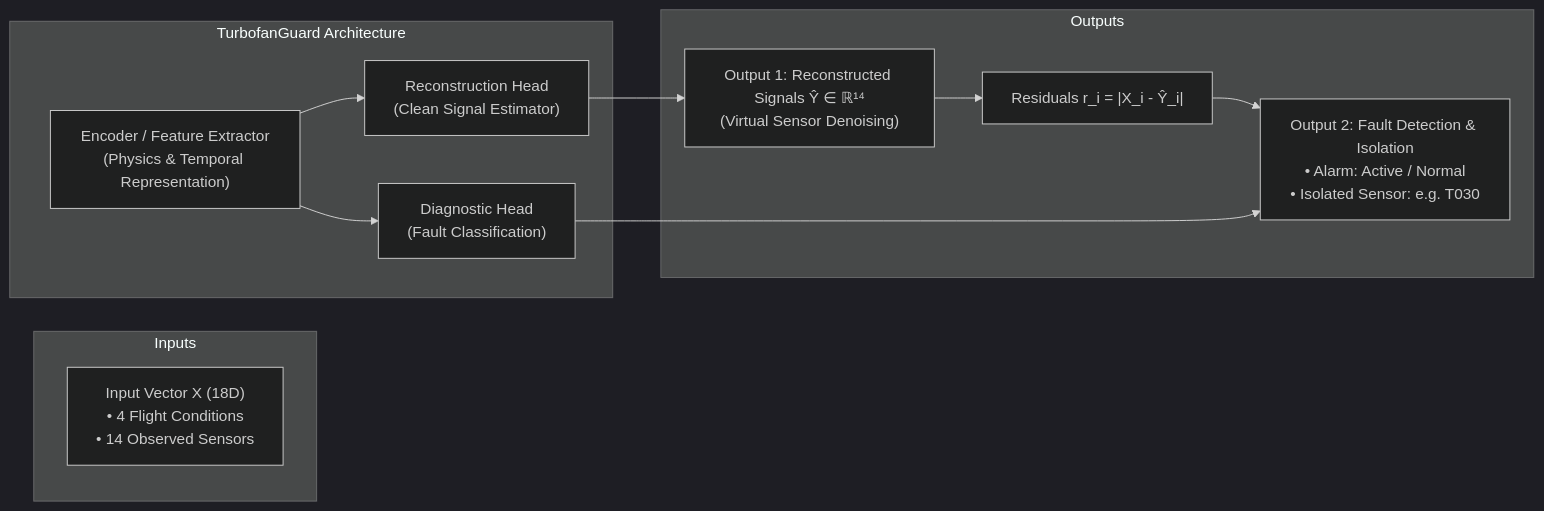
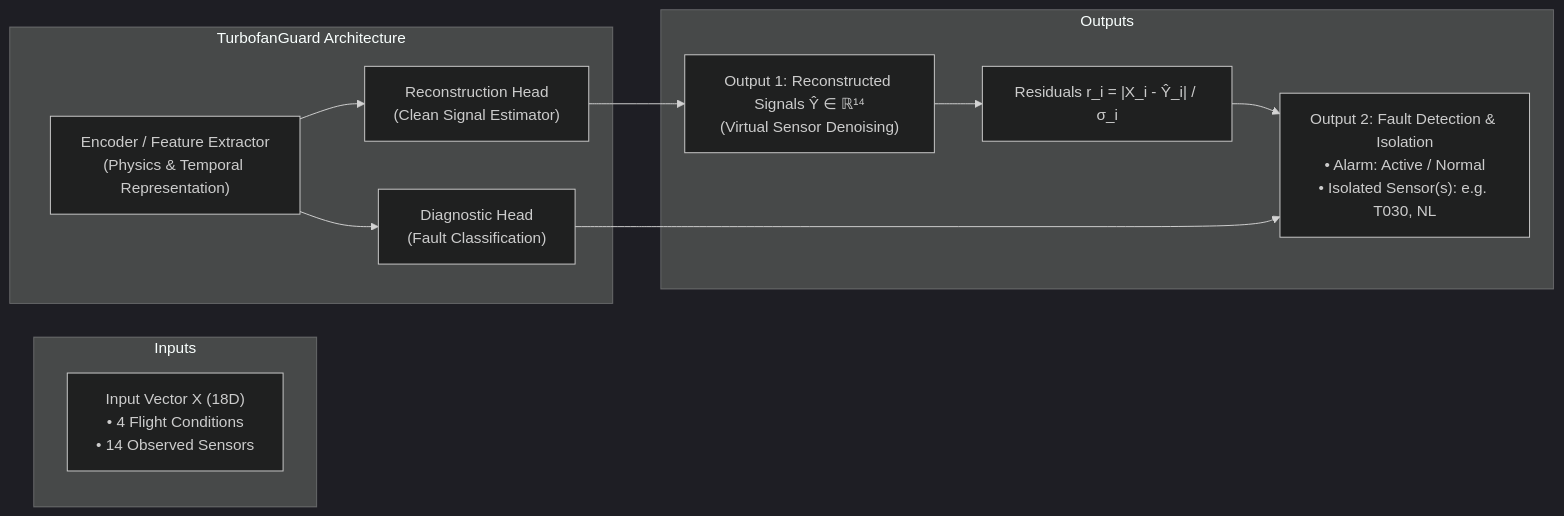
Before and after one commit to atulyasharan29/Turbofan-Guard: the first of 4 diagrams in docs/ml.md, drawn with Mermaid (dark theme). The commit also changed other lines of this file, not shown here.

Commit message:
docs: update ml architecture documentation with comprehensive sensor fault injection models and updated diagnostic schema definitions.

````diff
--- a/docs/ml.md
+++ b/docs/ml.md
@@ -12,24 +12,24 @@
 ```mermaid
 flowchart LR
     subgraph Inputs
         X["Input Vector X (18D)<br/>• 4 Flight Conditions<br/>• 14 Observed Sensors"]
     end
 
     subgraph TurbofanGuard["TurbofanGuard Architecture"]
         Enc["Encoder / Feature Extractor<br/>(Physics & Temporal Representation)"]
         H1["Reconstruction Head<br/>(Clean Signal Estimator)"]
         H2["Diagnostic Head<br/>(Fault Classification)"]
         Enc --> H1
         Enc --> H2
     end
 
     subgraph Outputs
         Y_hat["Output 1: Reconstructed Signals Ŷ ∈ ℝ¹⁴<br/>(Virtual Sensor Denoising)"]
-        Res["Residuals r_i = |X_i - Ŷ_i|"]
-        FDI["Output 2: Fault Detection & Isolation<br/>• Alarm: Active / Normal<br/>• Isolated Sensor: e.g. T030"]
+        Res["Residuals r_i = |X_i - Ŷ_i| / σ_i"]
+        FDI["Output 2: Fault Detection & Isolation<br/>• Alarm: Active / Normal<br/>• Isolated Sensor(s): e.g. T030, NL"]
         H1 --> Y_hat
         Y_hat --> Res
         Res --> FDI
         H2 --> FDI
     end
 ```
````
